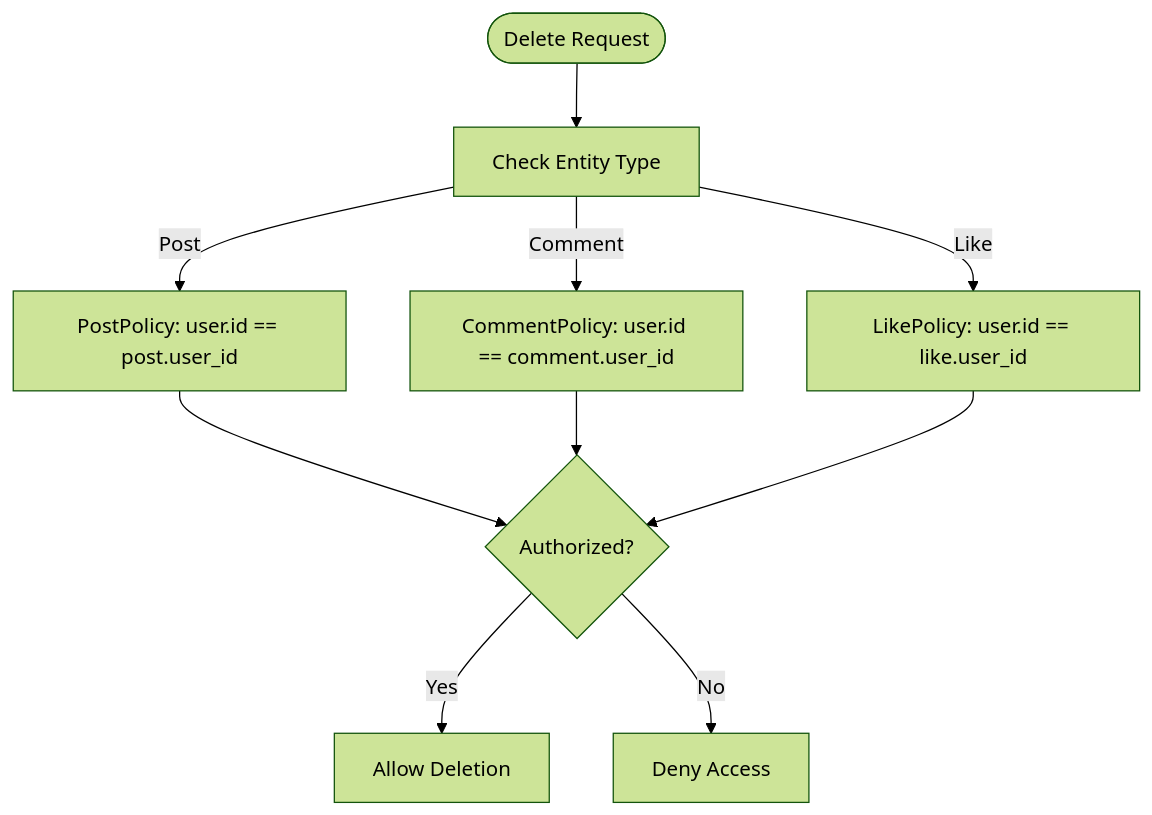
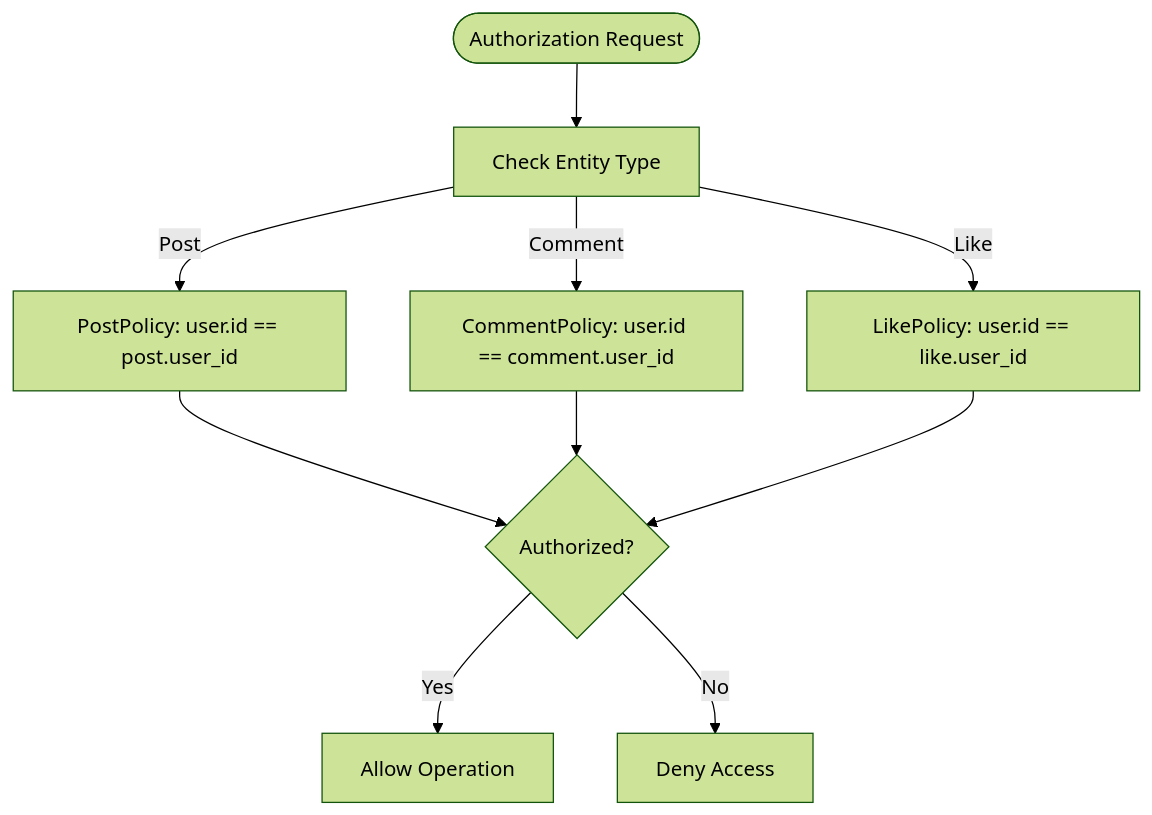
Diagram 12 of 16 in .qoder/repowiki/en/content/Social Features.md (VenokM05/Travel_Project), drawn with Mermaid (forest theme) before and after one commit. The commit also changed other lines of this file and 12 other files, not shown here.

````diff
--- a/.qoder/repowiki/en/content/Social Features.md
+++ b/.qoder/repowiki/en/content/Social Features.md
@@ -429,12 +652,12 @@
 ```mermaid
 flowchart TD
-Start(["Delete Request"]) --> CheckEntity["Check Entity Type"]
+Start(["Authorization Request"]) --> CheckEntity["Check Entity Type"]
 CheckEntity --> |Post| PostAuth["PostPolicy: user.id == post.user_id"]
 CheckEntity --> |Comment| CommentAuth["CommentPolicy: user.id == comment.user_id"]
 CheckEntity --> |Like| LikeAuth["LikePolicy: user.id == like.user_id"]
 PostAuth --> Decision{"Authorized?"}
 CommentAuth --> Decision
 LikeAuth --> Decision
-Decision --> |Yes| Allow["Allow Deletion"]
+Decision --> |Yes| Allow["Allow Operation"]
 Decision --> |No| Deny["Deny Access"]
 ```
````
